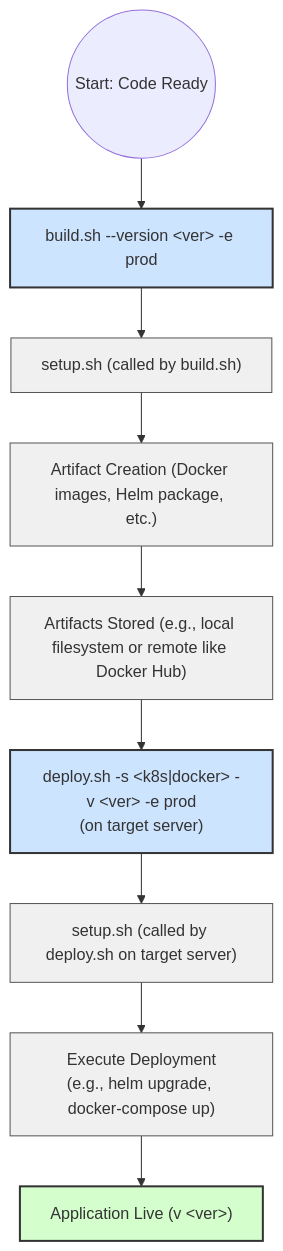
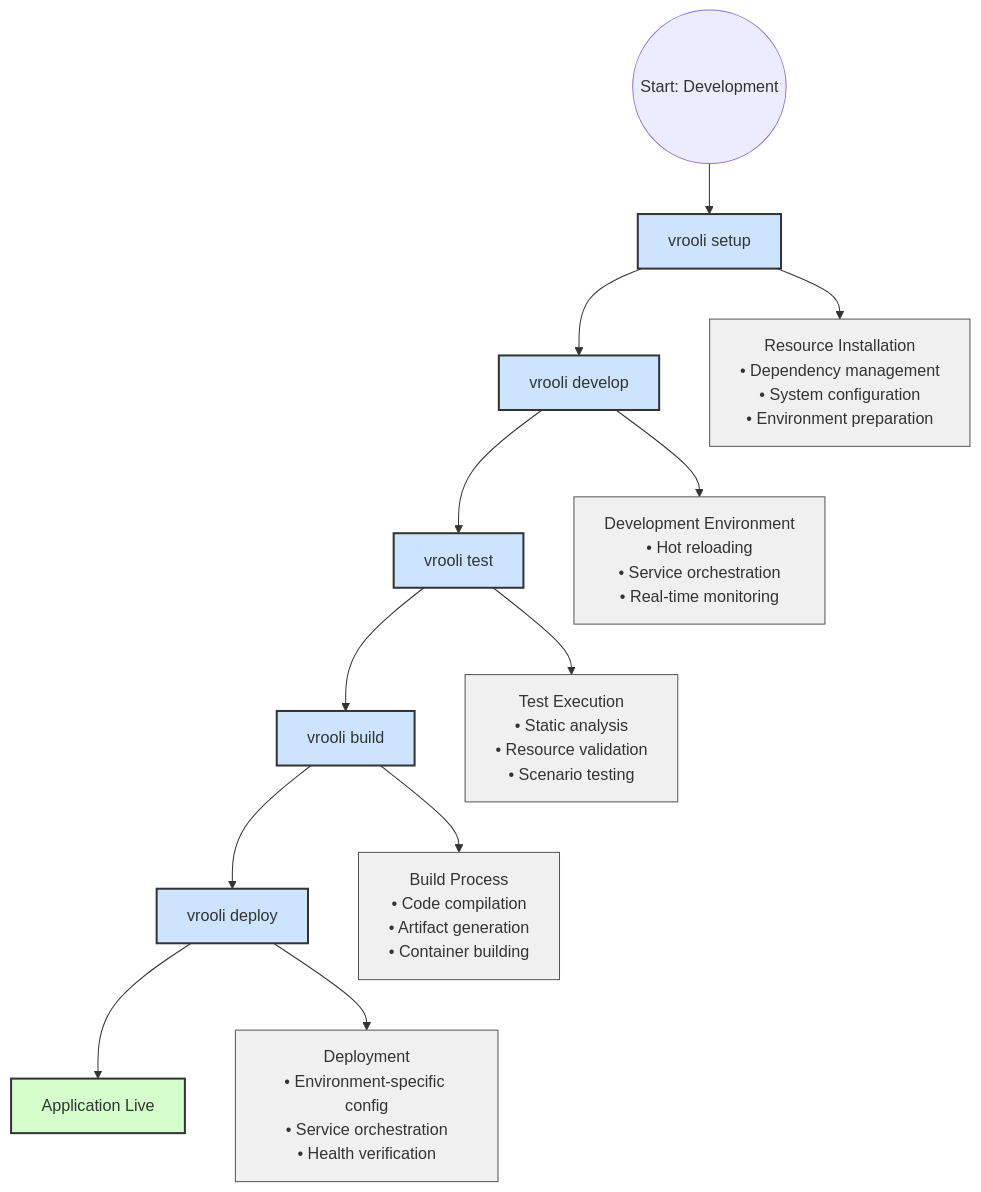
Before and after one commit to Vrooli/Vrooli: the fifth of 5 diagrams in docs/devops/README.md, drawn with Mermaid. The commit also changed other lines of this file and 102 other files, not shown here.

````diff
--- a/docs/devops/README.md
+++ b/docs/devops/README.md
@@ -350,20 +375,27 @@
 ```mermaid
 graph TD
-    Start((Start: Code Ready)) --> BuildSH["build.sh --version &lt;ver&gt; -e prod"]
-    BuildSH --> SetupSH1["setup.sh (called by build.sh)"]
-    SetupSH1 --> BuildArtifacts["Artifact Creation (Docker images, Helm package, etc.)"]
-    BuildArtifacts --> ArtifactsStored["Artifacts Stored (e.g., local filesystem or remote like Docker Hub)"]
+    Start((Start: Development)) --> Setup[vrooli setup]
+    Setup --> Develop[vrooli develop]
+    Develop --> Test[vrooli test]
+    Test --> Build[vrooli build]
+    Build --> Deploy[vrooli deploy]
+    Deploy --> Live[Application Live]
+
+    Setup --> ResourceSetup["Resource Installation<br>• Dependency management<br>• System configuration<br>• Environment preparation"]
     
-    ArtifactsStored --> DeploySH["deploy.sh -s &lt;k8s|docker&gt; -v &lt;ver&gt; -e prod<br>(on target server)"]
-    DeploySH --> SetupSH2["setup.sh (called by deploy.sh on target server)"]
-    SetupSH2 --> DeploymentLogic["Execute Deployment<br>(e.g., helm upgrade, docker-compose up)"]
-    DeploymentLogic --> Live["Application Live (v &lt;ver&gt;)"]
+    Develop --> DevEnvironment["Development Environment<br>• Hot reloading<br>• Service orchestration<br>• Real-time monitoring"]
+    
+    Test --> TestSuite["Test Execution<br>• Static analysis<br>• Resource validation<br>• Scenario testing"]
+    
+    Build --> BuildArtifacts["Build Process<br>• Code compilation<br>• Artifact generation<br>• Container building"]
+    
+    Deploy --> DeployProcess["Deployment<br>• Environment-specific config<br>• Service orchestration<br>• Health verification"]
 
-    classDef entry fill:#cde4ff,stroke:#333,stroke-width:2px;
-    classDef internal fill:#f0f0f0,stroke:#555,stroke-width:1px;
+    classDef command fill:#cde4ff,stroke:#333,stroke-width:2px;
+    classDef process fill:#f0f0f0,stroke:#555,stroke-width:1px;
     classDef final fill:#d4ffcd,stroke:#333,stroke-width:2px;
     
-    class BuildSH,DeploySH entry;
-    class SetupSH1,SetupSH2,BuildArtifacts,ArtifactsStored,DeploymentLogic internal;
+    class Setup,Develop,Test,Build,Deploy command;
+    class ResourceSetup,DevEnvironment,TestSuite,BuildArtifacts,DeployProcess process;
     class Live final;
 ```
````
